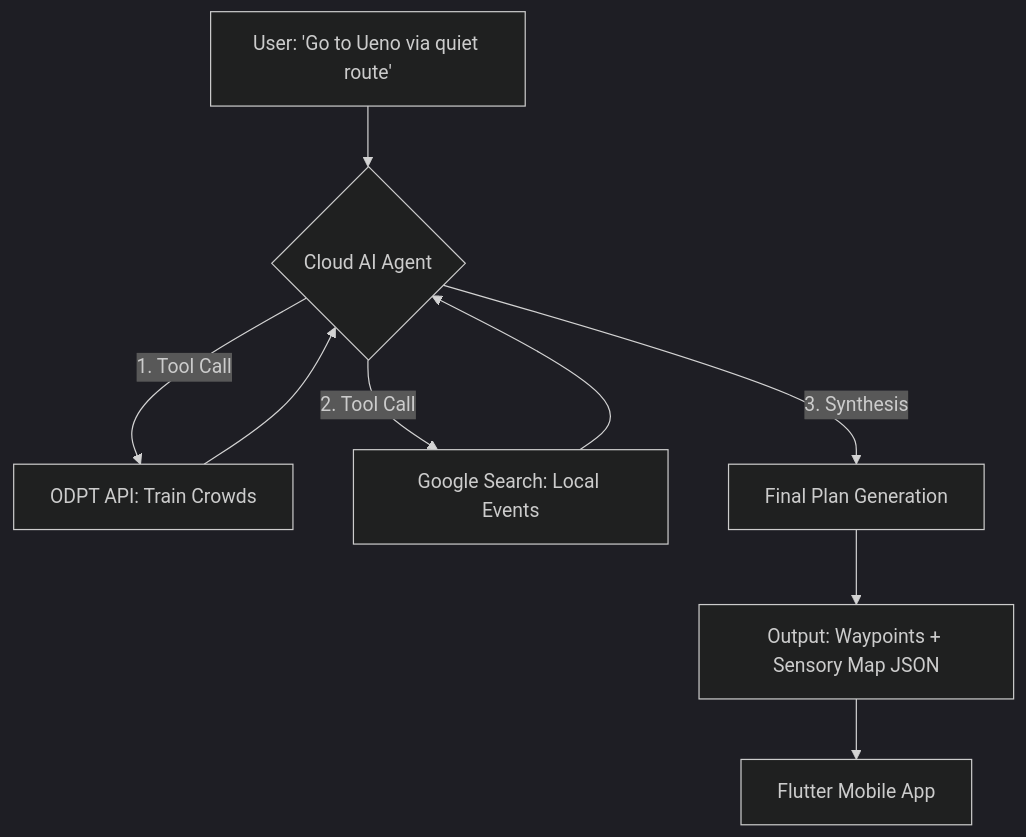
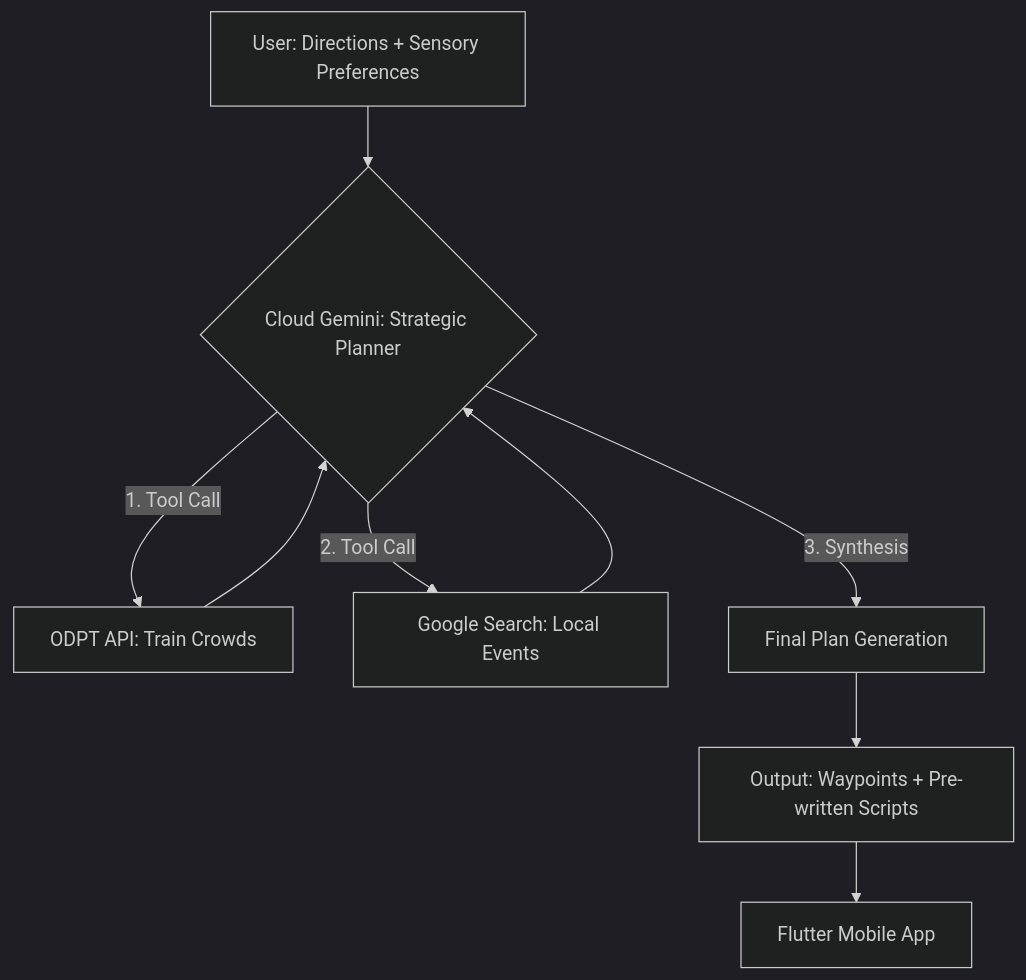
Before and after one commit to keiseiisobe/pocket-secure-base: the diagram in docs/server/STRATEGIC_PLANNER.md, drawn with Mermaid (dark theme). The commit also changed other lines of this file and 8 other files, not shown here.

````diff
--- a/docs/server/STRATEGIC_PLANNER.md
+++ b/docs/server/STRATEGIC_PLANNER.md
@@ -13,11 +13,11 @@
 ```mermaid
 graph TD
-    UserReq[User: 'Go to Ueno via quiet route'] --> Agent{Cloud AI Agent}
+    UserReq[User: Directions + Sensory Preferences] --> Agent{Cloud Gemini: Strategic Planner}
     Agent -- "1. Tool Call" --> ODPT[ODPT API: Train Crowds]
     Agent -- "2. Tool Call" --> GSearch[Google Search: Local Events]
     ODPT --> Agent
     GSearch --> Agent
     Agent -- "3. Synthesis" --> Plan[Final Plan Generation]
-    Plan --> JSON[Output: Waypoints + Sensory Map JSON]
+    Plan --> JSON[Output: Waypoints + Pre-written Scripts]
     JSON --> App[Flutter Mobile App]
 ```
````
